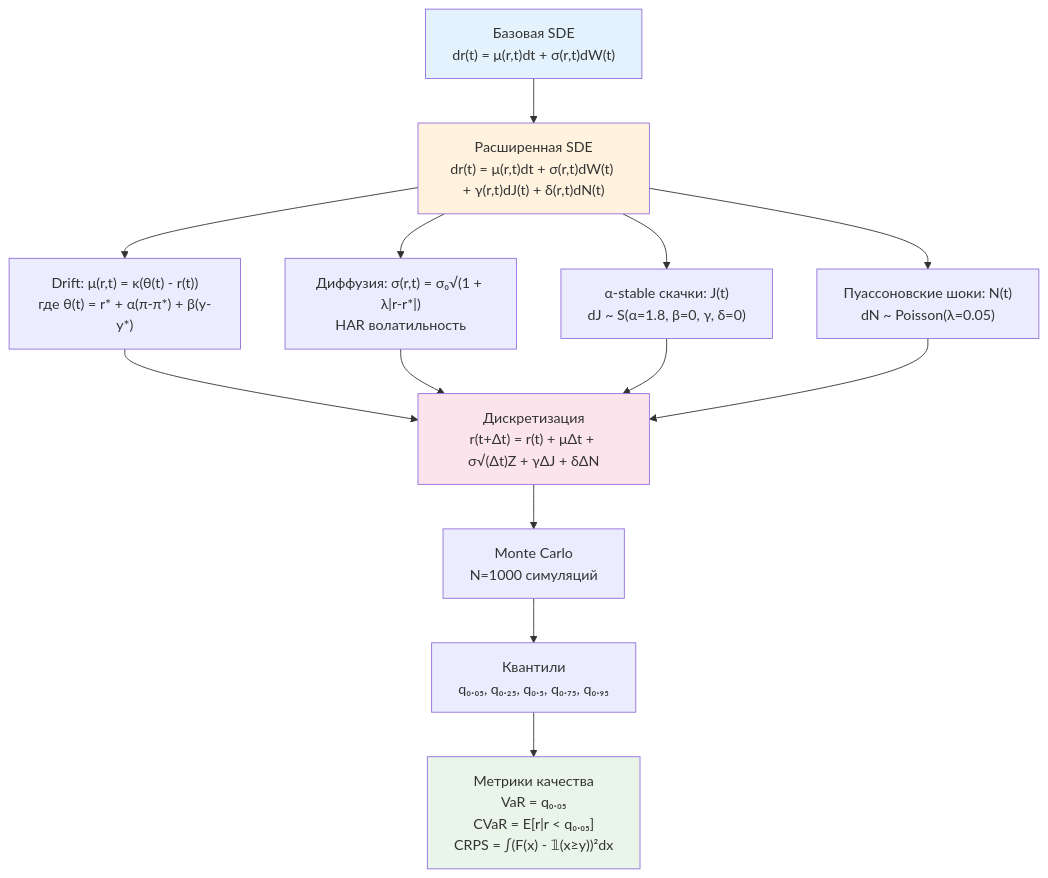
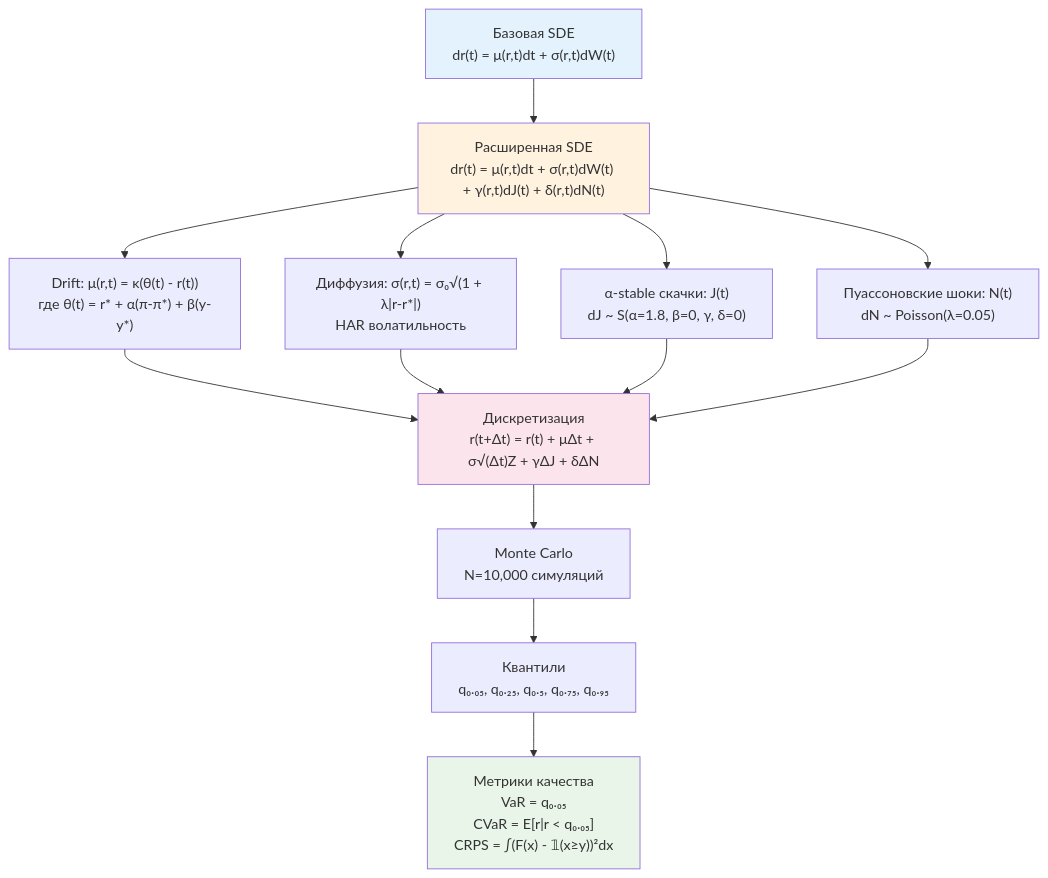
Before and after one commit to nikserbur/CBModelsStohastic: the second of 4 diagrams in README.md, drawn with Mermaid. The commit also changed other lines of this file and 2 other files, not shown here.

````diff
--- a/README.md
+++ b/README.md
@@ -117,24 +72,24 @@
 ```mermaid
 graph TD
     A["Базовая SDE<br/>dr(t) = μ(r,t)dt + σ(r,t)dW(t)"] --> B["Расширенная SDE<br/>dr(t) = μ(r,t)dt + σ(r,t)dW(t) + γ(r,t)dJ(t) + δ(r,t)dN(t)"]
     
     B --> C["Drift: μ(r,t) = κ(θ(t) - r(t))<br/>где θ(t) = r* + α(π-π*) + β(y-y*)"]
     B --> D["Диффузия: σ(r,t) = σ₀√(1 + λ|r-r*|)<br/>HAR волатильность"]
     B --> E["α-stable скачки: J(t)<br/>dJ ~ S(α=1.8, β=0, γ, δ=0)"]
     B --> F["Пуассоновские шоки: N(t)<br/>dN ~ Poisson(λ=0.05)"]
     
     C --> G["Дискретизация<br/>r(t+Δt) = r(t) + μΔt + σ√(Δt)Z + γΔJ + δΔN"]
     D --> G
     E --> G
     F --> G
     
-    G --> H["Monte Carlo<br/>N=1000 симуляций"]
+    G --> H["Monte Carlo<br/>N=10,000 симуляций"]
     H --> I["Квантили<br/>q₀.₀₅, q₀.₂₅, q₀.₅, q₀.₇₅, q₀.₉₅"]
     
     I --> J["Метрики качества<br/>VaR = q₀.₀₅<br/>CVaR = E[r|r < q₀.₀₅]<br/>CRPS = ∫(F(x) - 𝟙(x≥y))²dx"]
     
     style A fill:#e3f2fd
     style B fill:#fff3e0
     style G fill:#fce4ec
     style J fill:#e8f5e8
 ```
````
